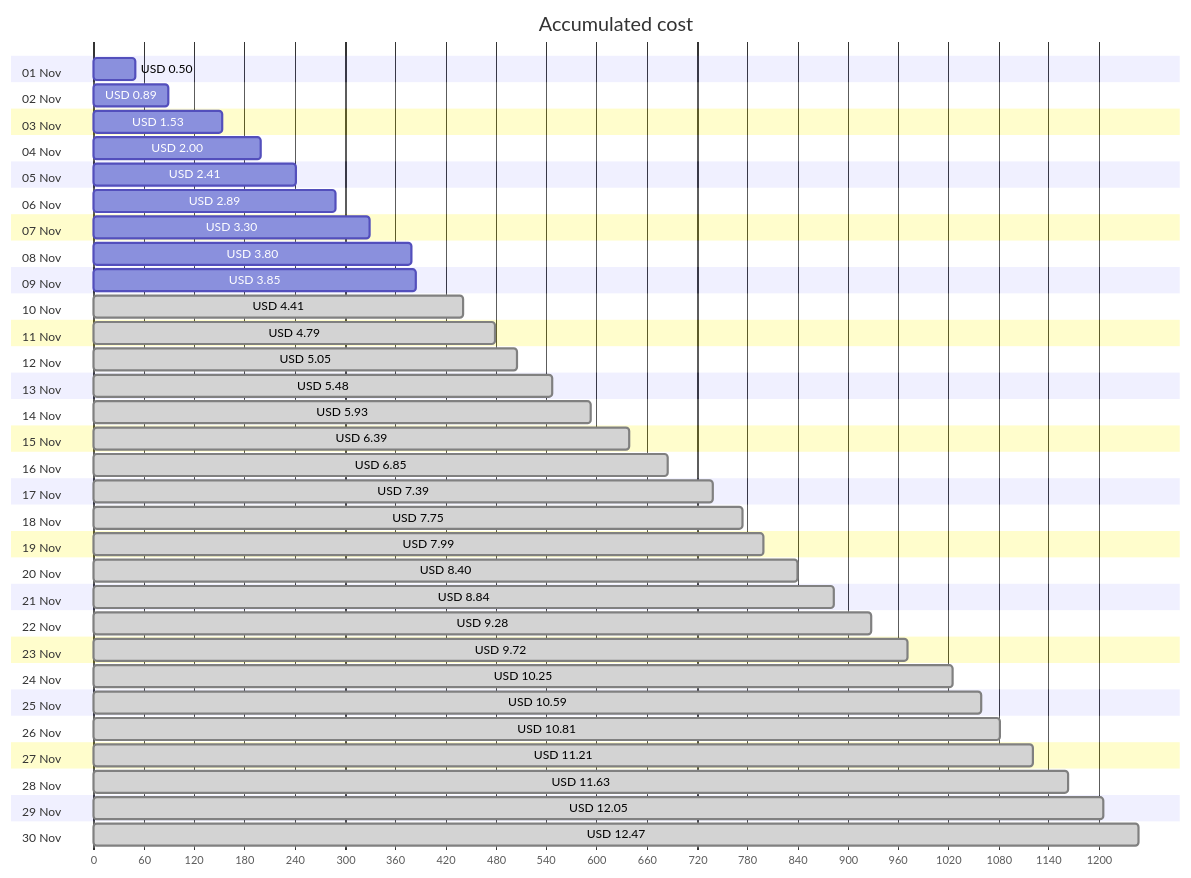
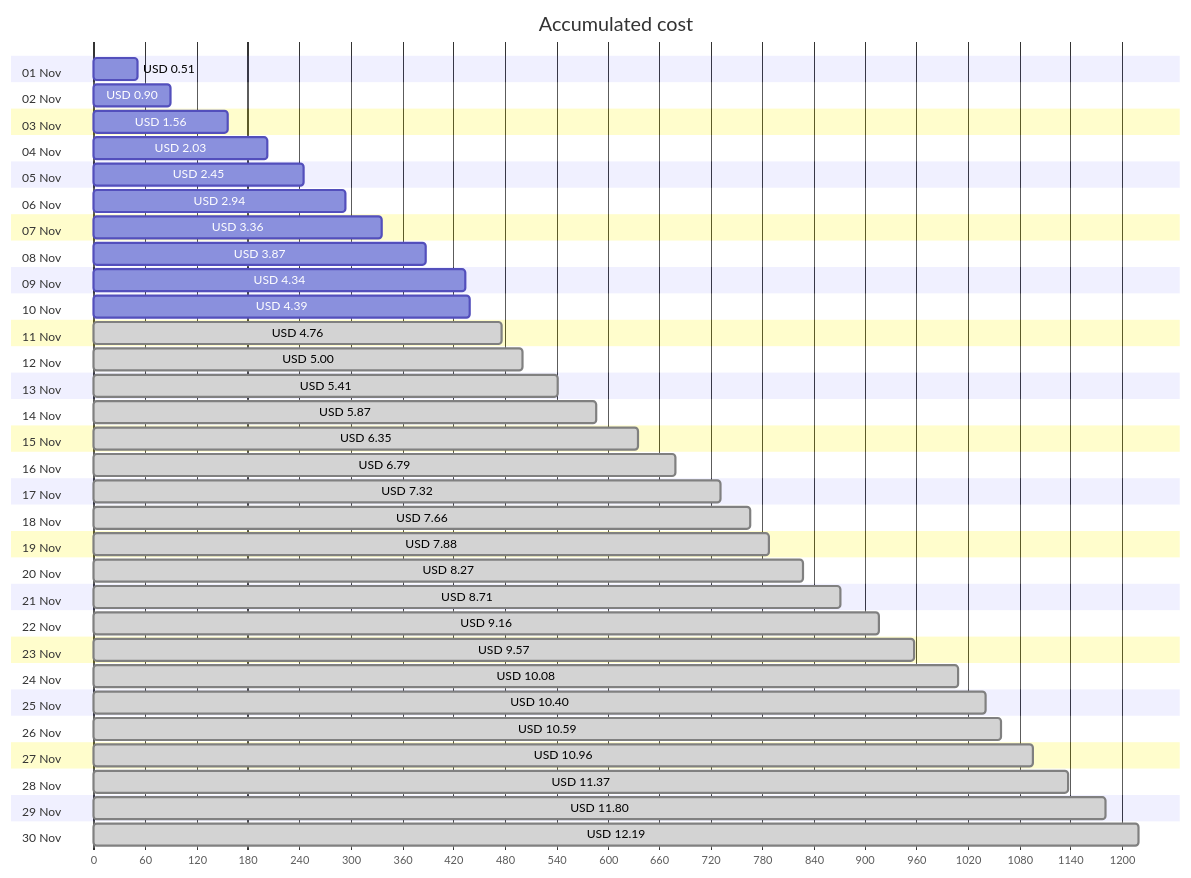
Before and after one commit to jpfulton/azure-personal-reports: the first of 4 diagrams in cost-reports/personal-network/vpn-server.md, drawn with Mermaid. The commit also changed other lines of this file and 8 other files, not shown here.

````diff
--- a/cost-reports/personal-network/vpn-server.md
+++ b/cost-reports/personal-network/vpn-server.md
@@ -20,66 +20,66 @@
 ```mermaid
 gantt
    title Accumulated cost
    dateFormat  X
    axisFormat %s
    section 01 Nov
-   USD 0.50 :0, 50
+   USD 0.51 :0, 51
    section 02 Nov
-   USD 0.89 :0, 89
+   USD 0.90 :0, 90
    section 03 Nov
-   USD 1.53 :0, 153
+   USD 1.56 :0, 156
    section 04 Nov
-   USD 2.00 :0, 200
+   USD 2.03 :0, 203
    section 05 Nov
-   USD 2.41 :0, 241
+   USD 2.45 :0, 245
    section 06 Nov
-   USD 2.89 :0, 289
+   USD 2.94 :0, 294
    section 07 Nov
-   USD 3.30 :0, 330
+   USD 3.36 :0, 336
    section 08 Nov
-   USD 3.80 :0, 380
+   USD 3.87 :0, 387
    section 09 Nov
-   USD 3.85 :0, 385
+   USD 4.34 :0, 434
    section 10 Nov
-   USD 4.41 : done, 0, 441
+   USD 4.39 :0, 439
    section 11 Nov
-   USD 4.79 : done, 0, 479
+   USD 4.76 : done, 0, 476
    section 12 Nov
-   USD 5.05 : done, 0, 505
+   USD 5.00 : done, 0, 500
    section 13 Nov
-   USD 5.48 : done, 0, 548
+   USD 5.41 : done, 0, 541
    section 14 Nov
-   USD 5.93 : done, 0, 593
+   USD 5.87 : done, 0, 587
    section 15 Nov
-   USD 6.39 : done, 0, 639
+   USD 6.35 : done, 0, 635
    section 16 Nov
-   USD 6.85 : done, 0, 685
+   USD 6.79 : done, 0, 679
    section 17 Nov
-   USD 7.39 : done, 0, 739
+   USD 7.32 : done, 0, 732
    section 18 Nov
-   USD 7.75 : done, 0, 775
+   USD 7.66 : done, 0, 766
    section 19 Nov
-   USD 7.99 : done, 0, 799
+   USD 7.88 : done, 0, 788
    section 20 Nov
-   USD 8.40 : done, 0, 840
+   USD 8.27 : done, 0, 827
    section 21 Nov
-   USD 8.84 : done, 0, 884
+   USD 8.71 : done, 0, 871
    section 22 Nov
-   USD 9.28 : done, 0, 928
+   USD 9.16 : done, 0, 916
    section 23 Nov
-   USD 9.72 : done, 0, 972
+   USD 9.57 : done, 0, 957
    section 24 Nov
-   USD 10.25 : done, 0, 1025
+   USD 10.08 : done, 0, 1008
    section 25 Nov
+   USD 10.40 : done, 0, 1040
+   section 26 Nov
    USD 10.59 : done, 0, 1059
-   section 26 Nov
-   USD 10.81 : done, 0, 1081
    section 27 Nov
-   USD 11.21 : done, 0, 1121
+   USD 10.96 : done, 0, 1096
    section 28 Nov
-   USD 11.63 : done, 0, 1163
+   USD 11.37 : done, 0, 1137
    section 29 Nov
-   USD 12.05 : done, 0, 1205
+   USD 11.80 : done, 0, 1180
    section 30 Nov
-   USD 12.47 : done, 0, 1247
+   USD 12.19 : done, 0, 1219
 ```
````
